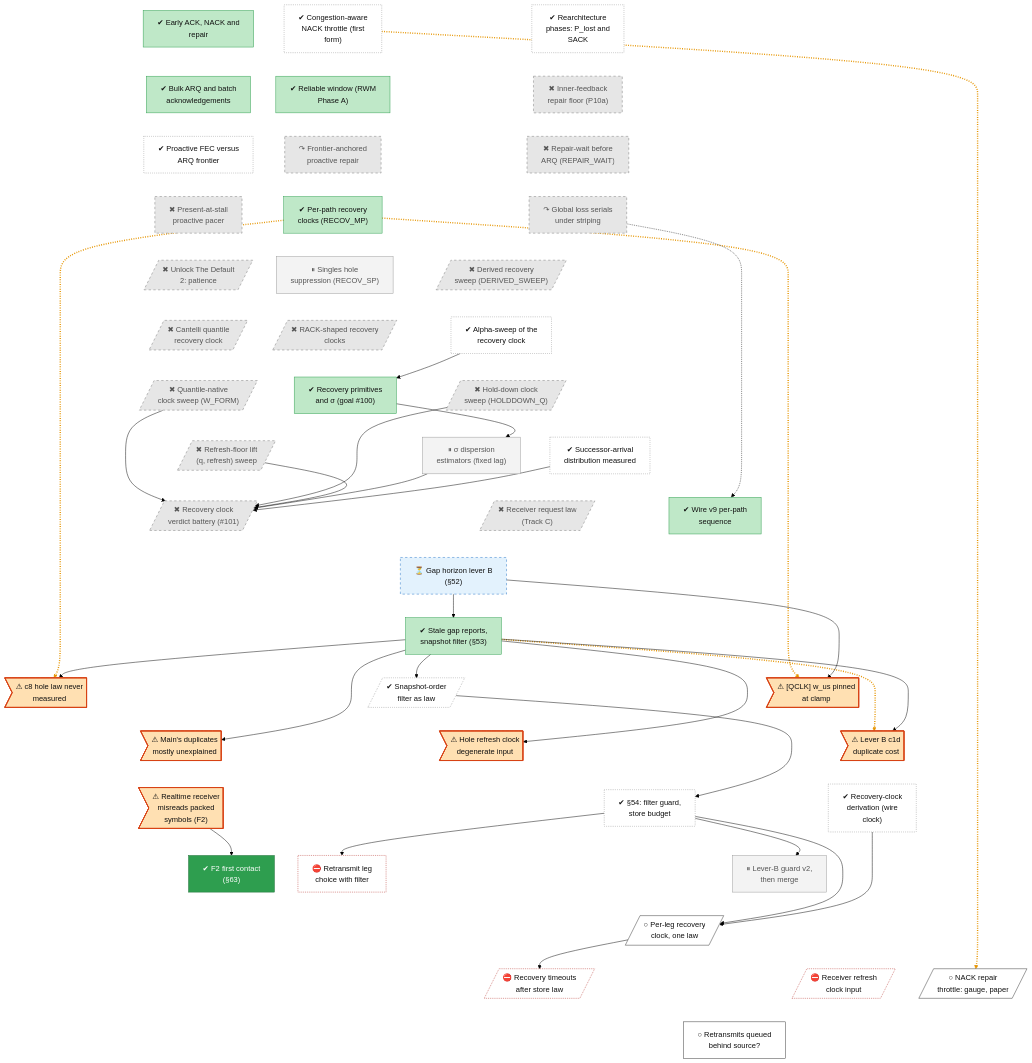
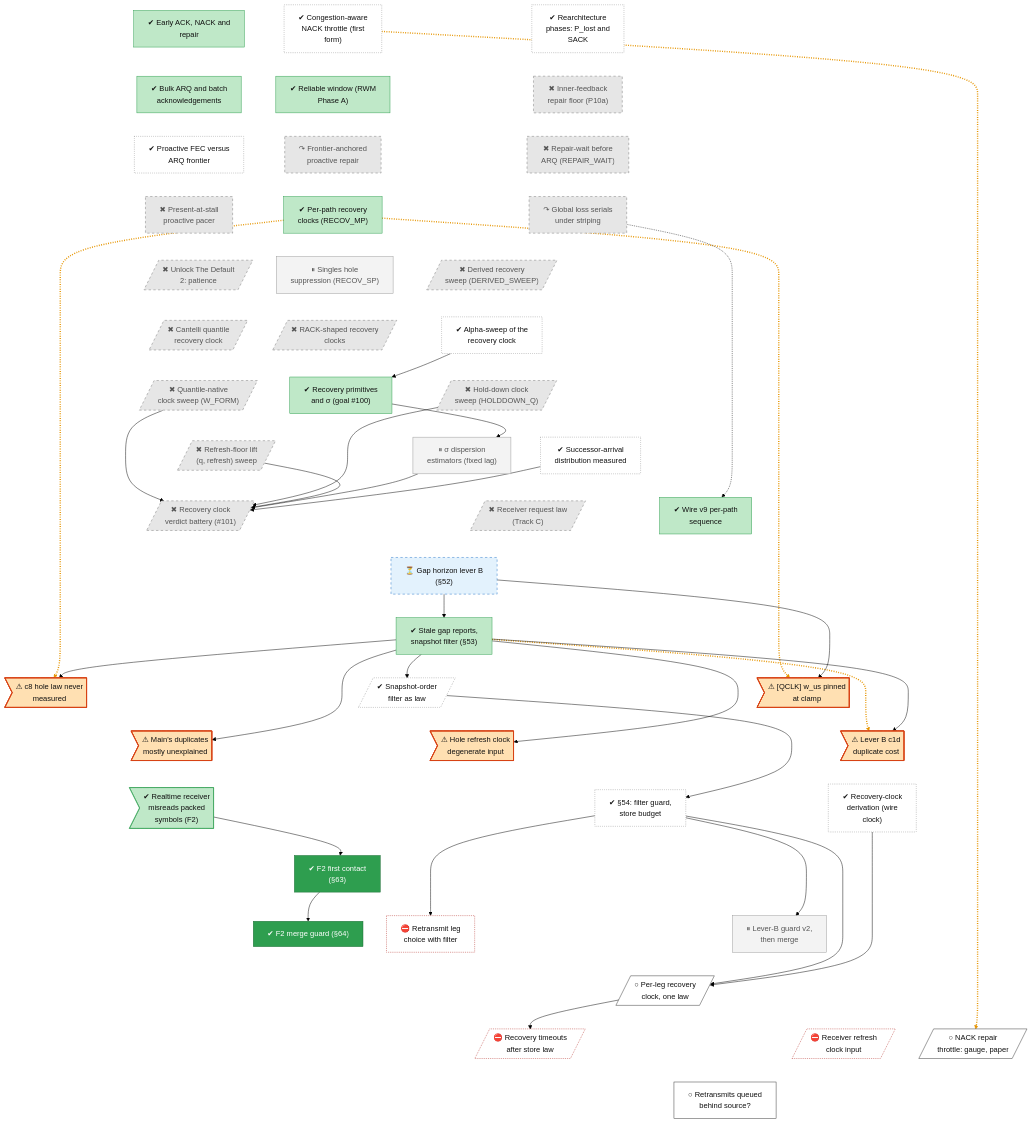
The diagram in docs/roadmap/tracks/rec.md (lhns/raptorpath), drawn with Mermaid (forest theme) before and after one commit. The commit also changed other lines of this file and 4 other files, not shown here.

First line of the commit message:
roadmap: F2 done and merged, the §64 guard, §63 / §61a re-run / s62 on the overview, the b0p brake defect and the sampler-design law node; the 7 oldest done nodes leave the overview (target 20-40)

````diff
--- a/docs/roadmap/tracks/rec.md
+++ b/docs/roadmap/tracks/rec.md
@@ -46,8 +46,9 @@
     rec_defect_base_duplicates>"⚠ Main's duplicates<br/>mostly unexplained"]
     rec_s54_session["✔ #167;54: filter guard,<br/>store budget"]
     rec_wire_clock_derivation["✔ Recovery-clock<br/>derivation (wire<br/>clock)"]
-    rec_defect_realtime_framing>"⚠ Realtime receiver<br/>misreads packed<br/>symbols (F2)"]
+    rec_defect_realtime_framing>"✔ Realtime receiver<br/>misreads packed<br/>symbols (F2)"]
     rec_s63_f2_first_contact["✔ F2 first contact<br/>(#167;63)"]
+    rec_f2_merge_guard["✔ F2 merge guard (#167;64)"]
     rec_w0_leg_question["⛔ Retransmit leg<br/>choice with filter"]
     rec_leverb_guard["⏸ Lever-B guard v2,<br/>then merge"]
     rec_fix_perleg_clock_n1[/"○ Per-leg recovery<br/>clock, one law"/]
@@ -93,9 +94,12 @@
     rec_leverb_c1d_cost ~~~ rec_wire_clock_derivation
     rec_defect_base_duplicates ~~~ rec_defect_realtime_framing
     rec_s54_session ~~~ rec_s63_f2_first_contact
-    rec_wire_clock_derivation ~~~ rec_w0_leg_question
-    rec_defect_realtime_framing ~~~ rec_leverb_guard
-    rec_s63_f2_first_contact ~~~ rec_fix_perleg_clock_n1
+    rec_wire_clock_derivation ~~~ rec_s63_f2_first_contact
+    rec_defect_realtime_framing ~~~ rec_s63_f2_first_contact
+    rec_s63_f2_first_contact ~~~ rec_f2_merge_guard
+    rec_s63_f2_first_contact ~~~ rec_w0_leg_question
+    rec_s63_f2_first_contact ~~~ rec_leverb_guard
+    rec_f2_merge_guard ~~~ rec_fix_perleg_clock_n1
     rec_w0_leg_question ~~~ rec_fix_perleg_clock_n1
     rec_leverb_guard ~~~ rec_fix_perleg_clock_n1
     rec_fix_perleg_clock_n1 ~~~ rec_recovery_timeouts
@@ -125,12 +129,13 @@
     rec_snapver_filter --> rec_defect_base_duplicates
     rec_snapver_law --> rec_s54_session
     rec_defect_realtime_framing --> rec_s63_f2_first_contact
+    rec_s63_f2_first_contact --> rec_f2_merge_guard
     rec_s54_session --> rec_w0_leg_question
     rec_s54_session --> rec_leverb_guard
     rec_s54_session --> rec_fix_perleg_clock_n1
     rec_wire_clock_derivation --> rec_fix_perleg_clock_n1
     rec_fix_perleg_clock_n1 --> rec_recovery_timeouts
-    linkStyle 49,50,51,61 stroke:#e69500,stroke-width:3px,stroke-dasharray:2 3
+    linkStyle 52,53,54,64 stroke:#e69500,stroke-width:3px,stroke-dasharray:2 3
     classDef vsucc fill:#2e9e4f,stroke:#1b6b34,color:#fff
     classDef succ fill:#bfe8c8,stroke:#2e9e4f,color:#111
     classDef mixed fill:#ffd37a,stroke:#c98a00,color:#111
@@ -144,13 +149,13 @@
     classDef userdec fill:#d9c2f0,stroke:#7b3fb5,color:#111
     classDef defect fill:#ffe0b2,stroke:#d84315,stroke-width:2px,color:#111
     classDef waiting fill:#e3f2fd,stroke:#1f6fc5,stroke-dasharray:5 5,color:#111
-    class rec_early_arq,rec_bulk_arq,rec_reliable_window,rec_per_path_clocks,rec_goal100,rec_wire_v9,rec_snapver_filter succ
+    class rec_early_arq,rec_bulk_arq,rec_reliable_window,rec_per_path_clocks,rec_goal100,rec_wire_v9,rec_snapver_filter,rec_defect_realtime_framing succ
     class rec_nack_congestion,rec_plost_sack,rec_fec_vs_arq,rec_alpha_sweep,rec_successor_arrival,rec_snapver_law,rec_s54_session,rec_wire_clock_derivation unrated
     class rec_p10a_repair_floor,rec_inline_repair,rec_proactive_repair,rec_present_at_stall,rec_mp_serial,rec_patience_derived,rec_clock_candidates,rec_rack_clocks,rec_cantelli_clock,rec_qnative_clock,rec_holddown_clock,rec_refresh_floor,rec_goal101,rec_receiver_law dead
     class rec_recov_sp,rec_dispersion_est,rec_leverb_guard parked
     class rec_gap_horizon waiting
-    class rec_defect_qclk_clamp,rec_defect_hole_law,rec_defect_refresh_input,rec_leverb_c1d_cost,rec_defect_base_duplicates,rec_defect_realtime_framing defect
-    class rec_s63_f2_first_contact vsucc
+    class rec_defect_qclk_clamp,rec_defect_hole_law,rec_defect_refresh_input,rec_leverb_c1d_cost,rec_defect_base_duplicates defect
+    class rec_s63_f2_first_contact,rec_f2_merge_guard vsucc
     class rec_w0_leg_question,rec_recovery_timeouts,rec_fix_refresh_clock blocked
     class rec_fix_perleg_clock_n1,rec_fix_nack_throttle,rec_retx_behind_source next
 ```
````
